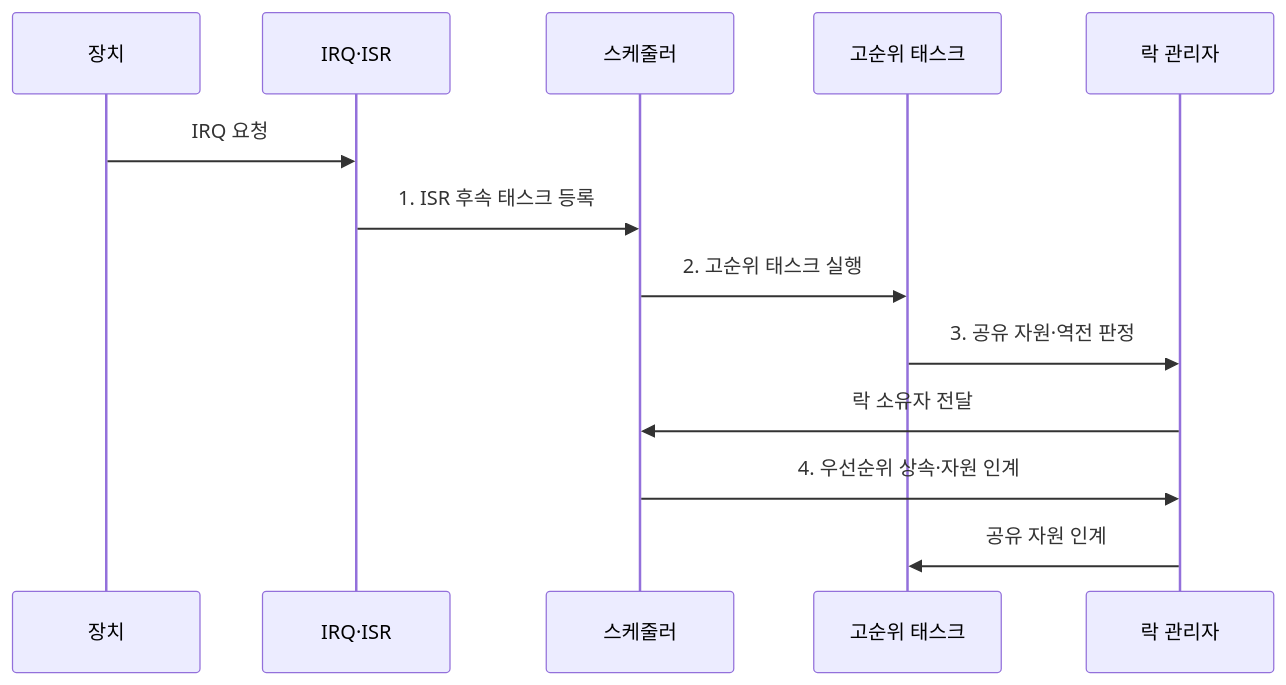
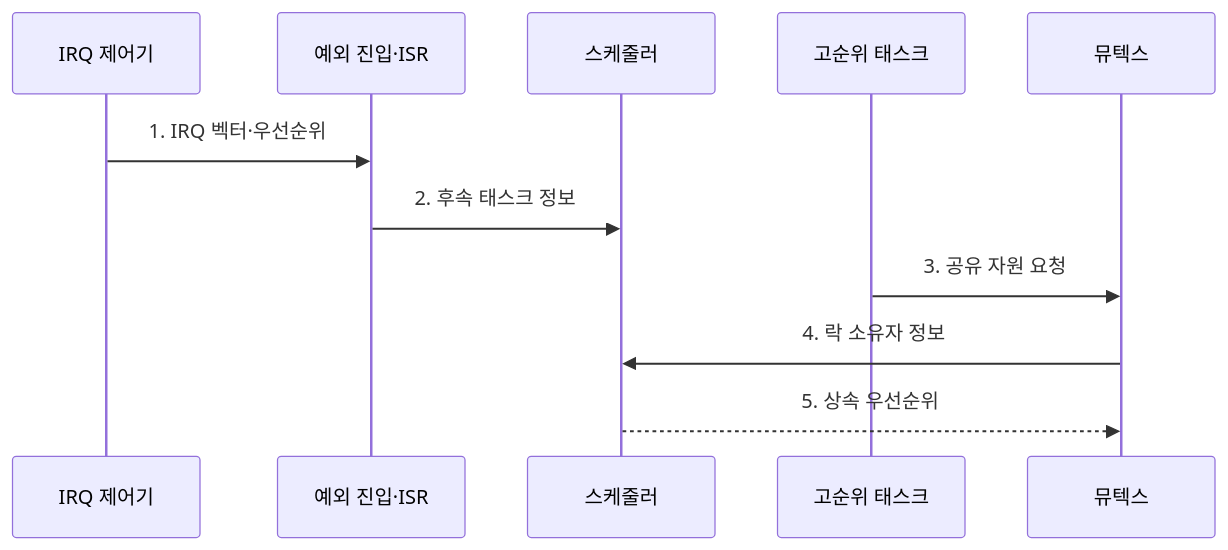
The second of 2 diagrams in src/content/docs/notes/02-hardware/063_interrupt_latency_priority_inversion.md (agnusdei1207/knowledge-base), drawn with Mermaid before and after one commit. The commit also changed other lines of this file and 20 other files, not shown here.

````diff
--- a/src/content/docs/notes/02-hardware/063_interrupt_latency_priority_inversion.md
+++ b/src/content/docs/notes/02-hardware/063_interrupt_latency_priority_inversion.md
@@ -85,16 +89,14 @@
 ```mermaid
 sequenceDiagram
-    participant D as 장치
-    participant I as IRQ·ISR
+    participant I as IRQ 제어기
+    participant E as 예외 진입·ISR
     participant S as 스케줄러
     participant H as 고순위 태스크
-    participant L as 락 관리자
+    participant M as 뮤텍스
 
-    D->>I: IRQ 요청
-    I->>S: 1. ISR 후속 태스크 등록
-    S->>H: 2. 고순위 태스크 실행
-    H->>L: 3. 공유 자원·역전 판정
-    L->>S: 락 소유자 전달
-    S->>L: 4. 우선순위 상속·자원 인계
-    L->>H: 공유 자원 인계
+    I->>E: 1. IRQ 벡터·우선순위
+    E->>S: 2. 후속 태스크 정보
+    H->>M: 3. 공유 자원 요청
+    M->>S: 4. 락 소유자 정보
+    S-->>M: 5. 상속 우선순위
 ```
````
